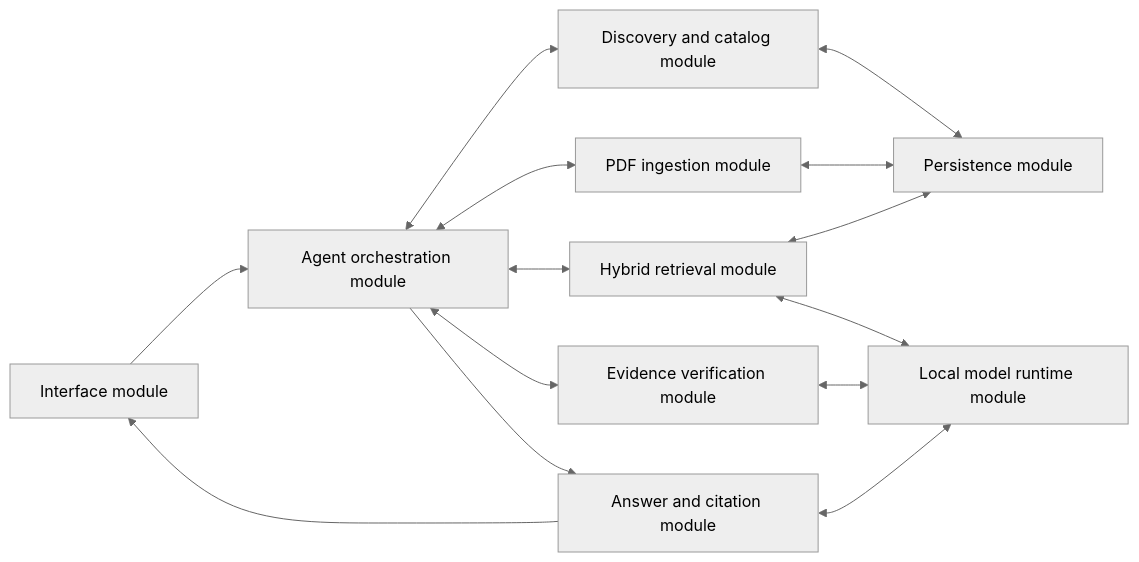
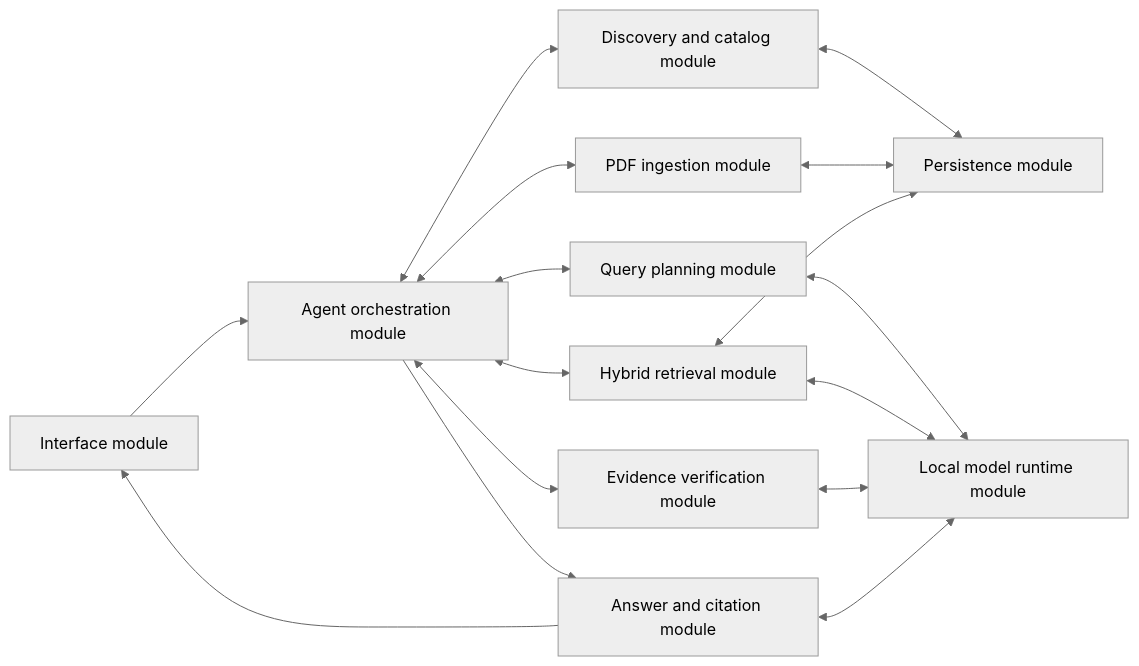
Before and after one commit to TQC0103/scientific-research-agent: the first of 11 diagrams in docs/SYSTEM_VISUALIZATION.md, drawn with Mermaid (neutral theme). The commit also changed other lines of this file and 10 other files, not shown here.

Commit message:
Add structured query planner

````diff
--- a/docs/SYSTEM_VISUALIZATION.md
+++ b/docs/SYSTEM_VISUALIZATION.md
@@ -10,18 +10,20 @@
 ```mermaid
 flowchart LR
     UI["Interface module"] --> AGENT["Agent orchestration module"]
     AGENT <--> DISCOVERY["Discovery and catalog module"]
+    AGENT <--> PLANNER["Query planning module"]
     AGENT <--> INGESTION["PDF ingestion module"]
     AGENT <--> RETRIEVAL["Hybrid retrieval module"]
     AGENT <--> VERIFIER["Evidence verification module"]
     AGENT --> ANSWER["Answer and citation module"]
     ANSWER --> UI
 
     DISCOVERY <--> STORAGE["Persistence module"]
     INGESTION <--> STORAGE
     RETRIEVAL <--> STORAGE
 
-    RETRIEVAL <--> MODELS["Local model runtime module"]
+    PLANNER <--> MODELS["Local model runtime module"]
+    RETRIEVAL <--> MODELS
     VERIFIER <--> MODELS
     ANSWER <--> MODELS
 ```
````
